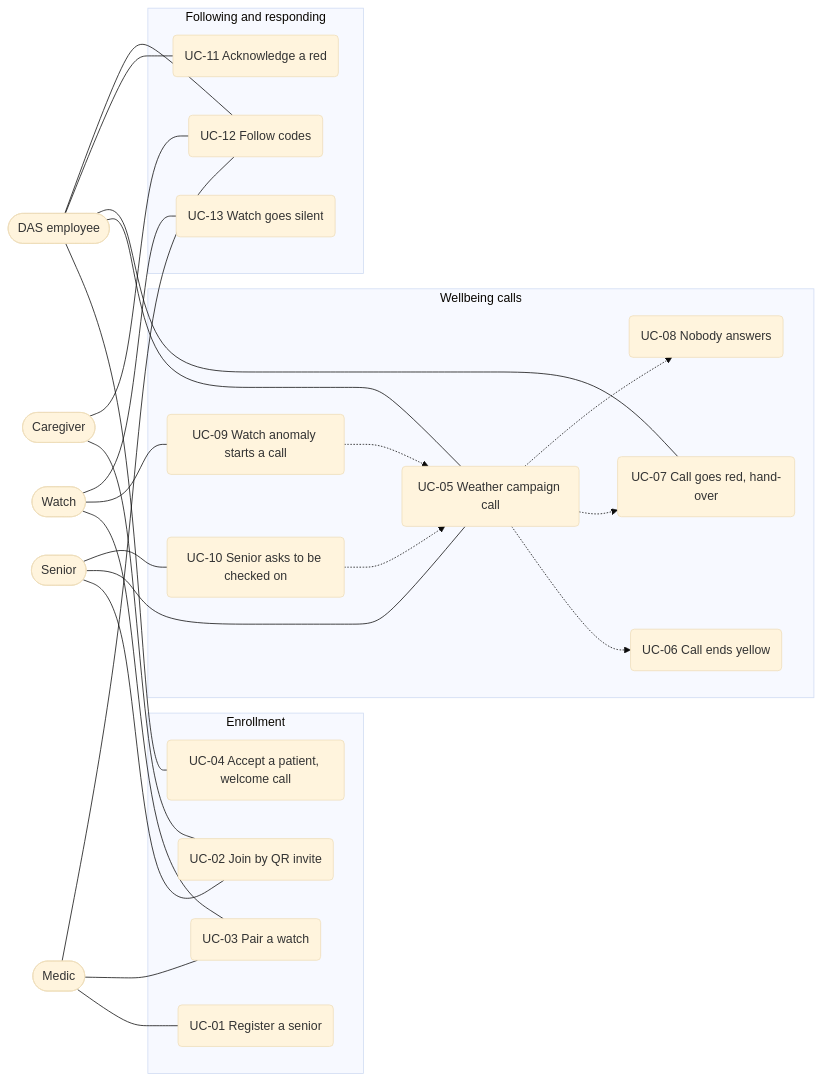
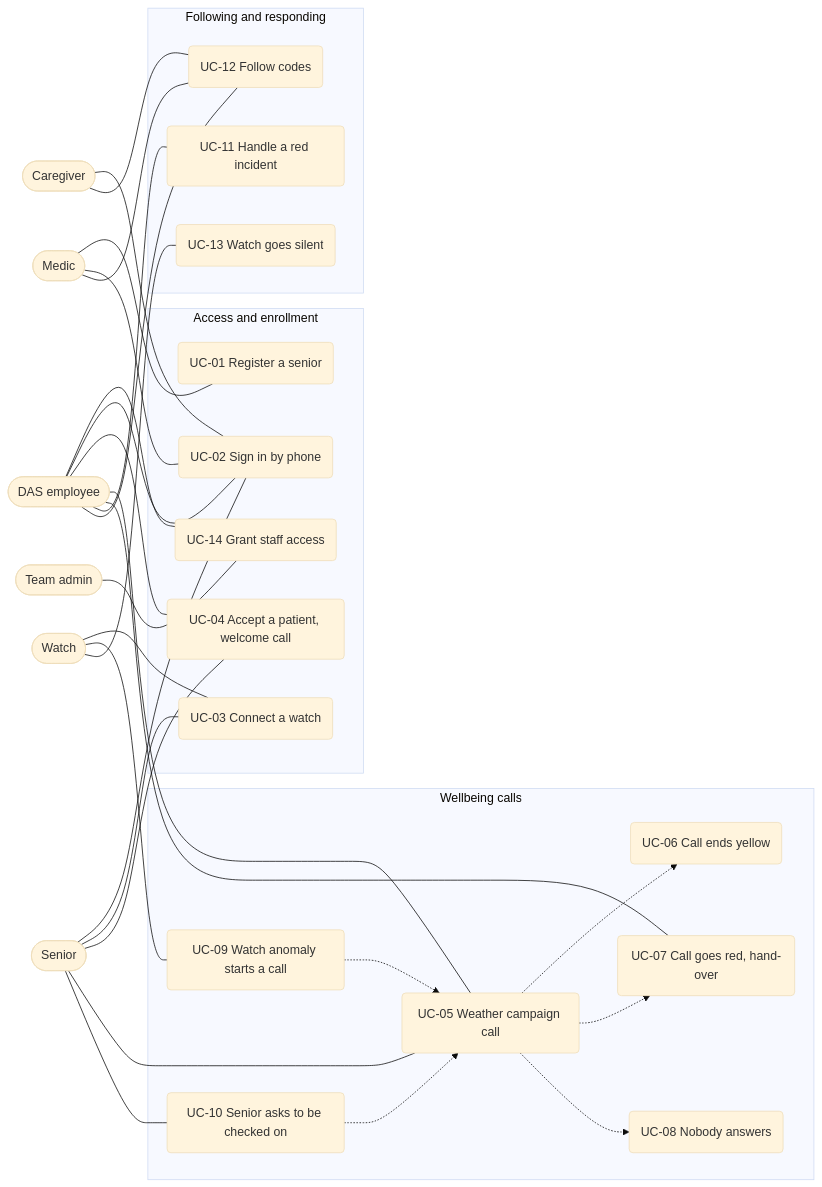
One commit to paulhondola/EchoCare changed the first of 7 diagrams in docs/specs/sentinela/02-use-cases.md. Above: the diagram before and after it, drawn with Mermaid (base theme). The commit also changed other lines of this file and 6 other files, not shown here.

First line of the commit message:
Revise Sentinela MVP architecture and rules

````diff
--- a/docs/specs/sentinela/02-use-cases.md
+++ b/docs/specs/sentinela/02-use-cases.md
@@ -19,53 +20,60 @@
 ```mermaid
 flowchart LR
+    ADM(["Team admin"])
     SEN(["Senior"])
     WAT(["Watch"])
     CAR(["Caregiver"])
     MED(["Medic"])
     DAS(["DAS employee"])
 
-    subgraph ENR["Enrollment"]
+    subgraph ENR["Access and enrollment"]
+        UC14("UC-14 Grant staff access")
         UC01("UC-01 Register a senior")
-        UC02("UC-02 Join by QR invite")
-        UC03("UC-03 Pair a watch")
+        UC02("UC-02 Sign in by phone")
+        UC03("UC-03 Connect a watch")
         UC04("UC-04 Accept a patient, welcome call")
     end
 
     subgraph CALLS["Wellbeing calls"]
         UC05("UC-05 Weather campaign call")
         UC06("UC-06 Call ends yellow")
         UC07("UC-07 Call goes red, hand-over")
         UC08("UC-08 Nobody answers")
         UC09("UC-09 Watch anomaly starts a call")
         UC10("UC-10 Senior asks to be checked on")
     end
 
     subgraph FOLLOW["Following and responding"]
-        UC11("UC-11 Acknowledge a red")
+        UC11("UC-11 Handle a red incident")
         UC12("UC-12 Follow codes")
         UC13("UC-13 Watch goes silent")
     end
 
+    ADM --- UC14
+    DAS --- UC14
     MED --- UC01
-    MED --- UC03
-    MED --- UC12
+    MED --- UC02
     CAR --- UC02
-    CAR --- UC12
     SEN --- UC02
+    DAS --- UC02
+    SEN --- UC03
+    WAT --- UC03
+    DAS --- UC04
+    SEN --- UC04
     SEN --- UC05
     SEN --- UC10
-    WAT --- UC03
     WAT --- UC09
     WAT --- UC13
-    DAS --- UC04
     DAS --- UC05
     DAS --- UC07
     DAS --- UC11
+    MED --- UC12
+    CAR --- UC12
     DAS --- UC12
 
     UC05 -.-> UC06
     UC05 -.-> UC07
     UC05 -.-> UC08
     UC09 -.-> UC05
     UC10 -.-> UC05
 ```
````
